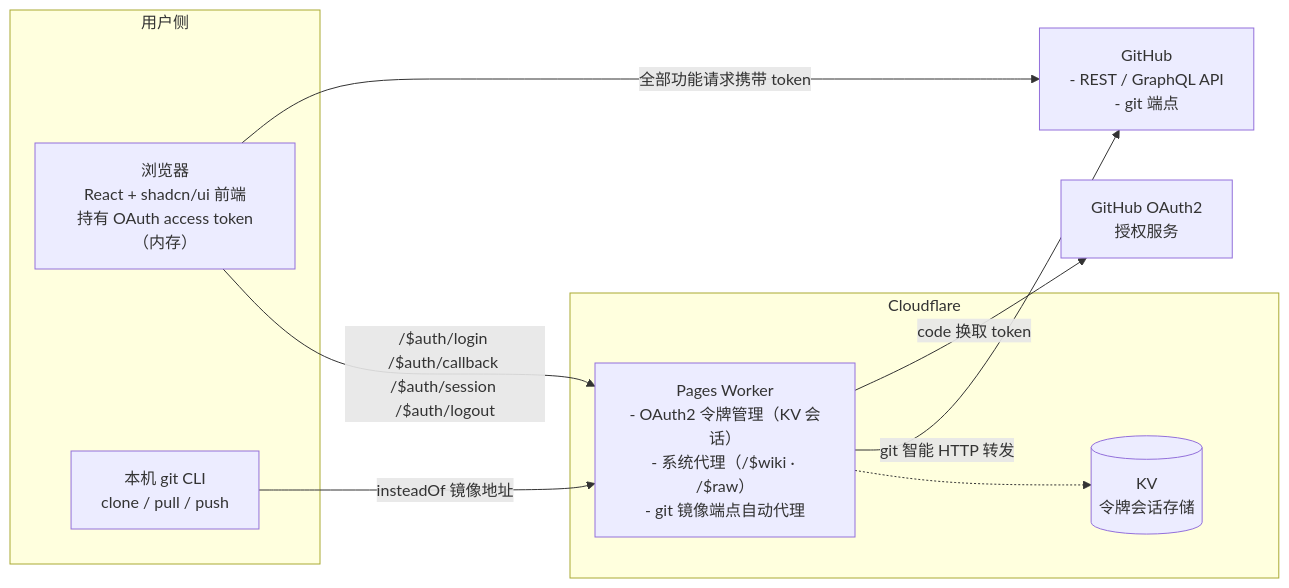
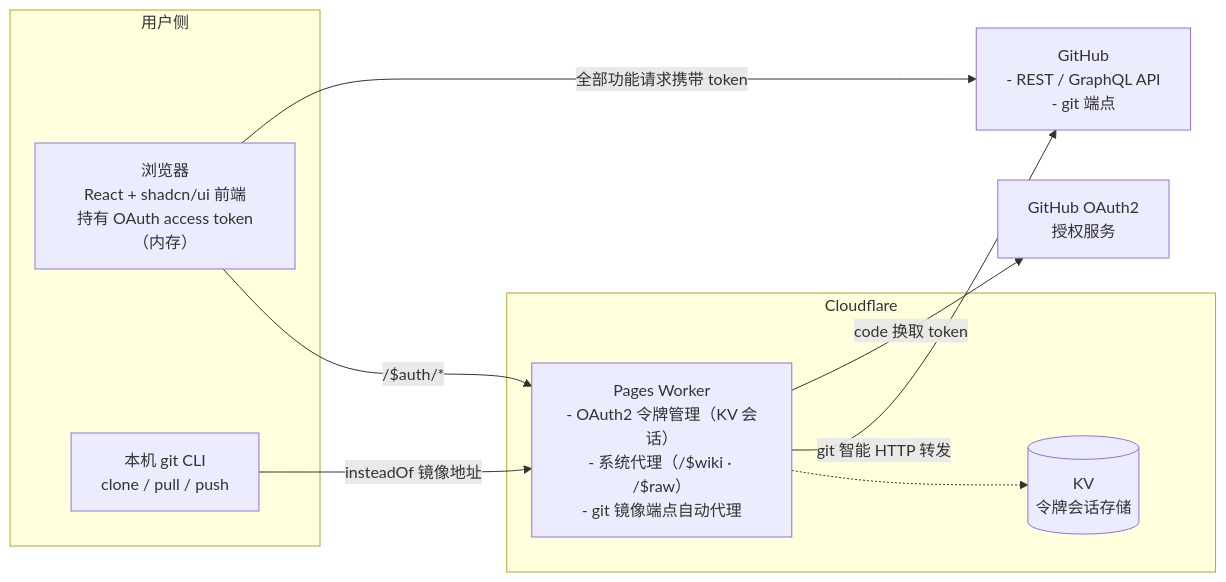
One commit to evil7/pureGit changed the diagram in docs/architecture.md. Above: the diagram before and after it, drawn with Mermaid. The commit also changed other lines of this file and 54 other files, not shown here.

````diff
--- a/docs/architecture.md
+++ b/docs/architecture.md
@@ -7,22 +7,20 @@
 ```mermaid
 flowchart LR
     subgraph 用户侧
         Browser[浏览器<br/>React + shadcn/ui 前端<br/>持有 OAuth access token（内存）]
         CLI[本机 git CLI<br/>clone / pull / push]
     end
-
     subgraph Cloudflare
         Worker[Pages Worker<br/>- OAuth2 令牌管理（KV 会话）<br/>- 系统代理（/$wiki · /$raw）<br/>- git 镜像端点自动代理]
         KV[(KV<br/>令牌会话存储)]
     end
-
     GH[GitHub<br/>- REST / GraphQL API<br/>- git 端点]
     OAUTH[GitHub OAuth2<br/>授权服务]
 
     Browser -->|全部功能请求携带 token| GH
-    Browser -->|/$auth/login /$auth/callback /$auth/session /$auth/logout| Worker
+    Browser -->|/$auth/*| Worker
     Worker -->|code 换取 token| OAUTH
     Worker -->|git 智能 HTTP 转发| GH
     Worker -.-> KV
     CLI -->|insteadOf 镜像地址| Worker
 ```
````
